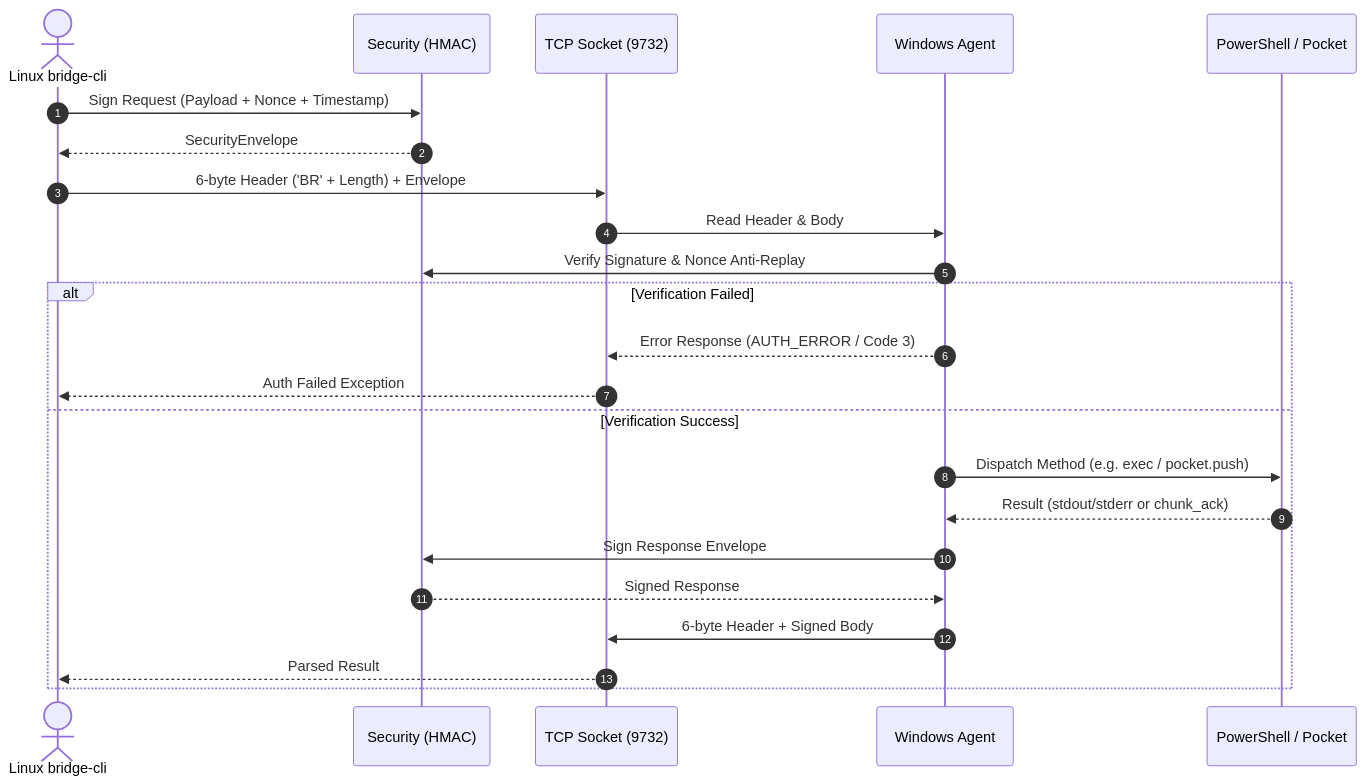
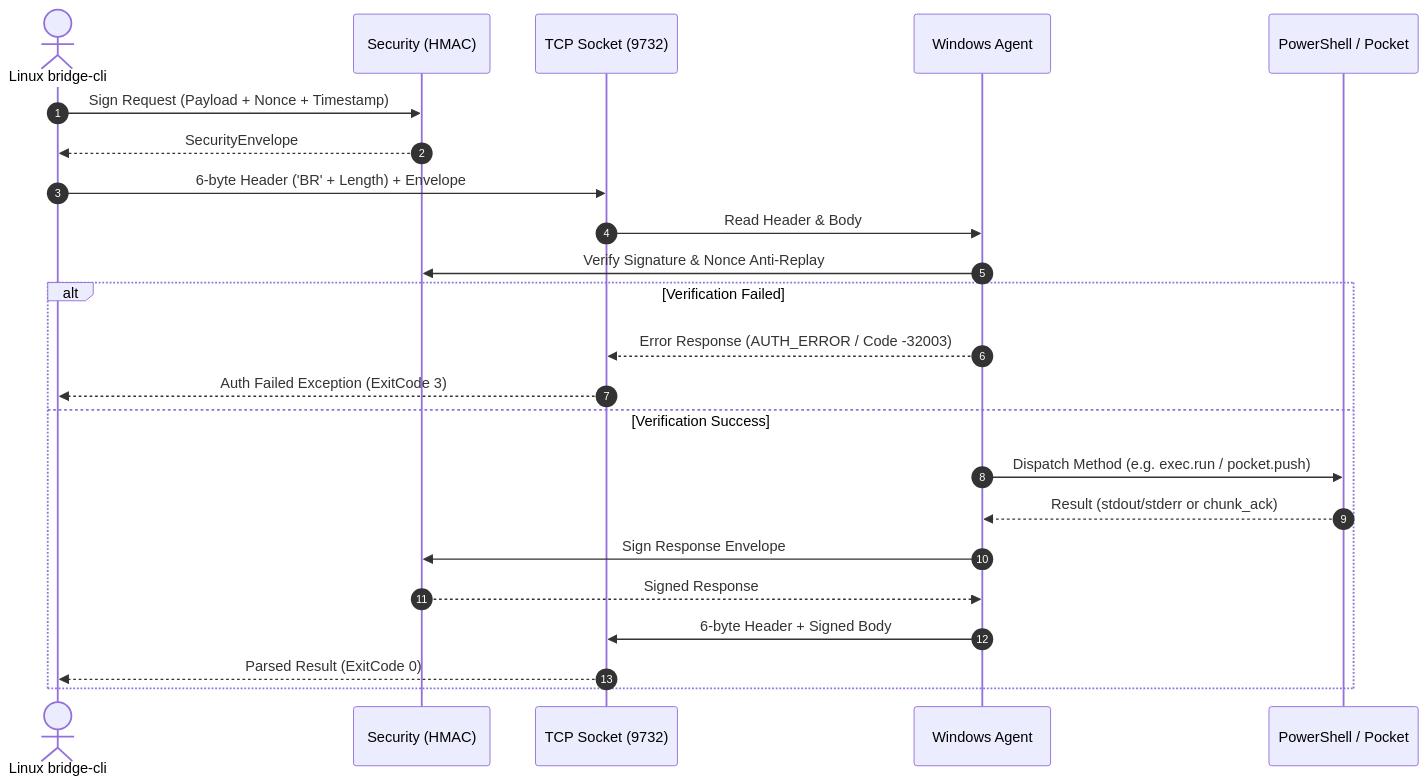
The diagram in docs/ARCHITECTURE.md (Anhelm01/Bridge_Local), drawn with Mermaid before and after one commit. The commit also changed other lines of this file and 24 other files, not shown here.

````diff
--- a/docs/ARCHITECTURE.md
+++ b/docs/ARCHITECTURE.md
@@ -135,26 +196,26 @@
 ```mermaid
 sequenceDiagram
     autonumber
     actor Client as Linux bridge-cli
     participant Sec as Security (HMAC)
     participant Socket as TCP Socket (9732)
     participant Agent as Windows Agent
     participant Exec as PowerShell / Pocket
 
     Client->>Sec: Sign Request (Payload + Nonce + Timestamp)
     Sec-->>Client: SecurityEnvelope
     Client->>Socket: 6-byte Header ('BR' + Length) + Envelope
     Socket->>Agent: Read Header & Body
     Agent->>Sec: Verify Signature & Nonce Anti-Replay
     alt Verification Failed
-        Agent-->>Socket: Error Response (AUTH_ERROR / Code 3)
-        Socket-->>Client: Auth Failed Exception
+        Agent-->>Socket: Error Response (AUTH_ERROR / Code -32003)
+        Socket-->>Client: Auth Failed Exception (ExitCode 3)
     else Verification Success
-        Agent->>Exec: Dispatch Method (e.g. exec / pocket.push)
+        Agent->>Exec: Dispatch Method (e.g. exec.run / pocket.push)
         Exec-->>Agent: Result (stdout/stderr or chunk_ack)
         Agent->>Sec: Sign Response Envelope
         Sec-->>Agent: Signed Response
         Agent->>Socket: 6-byte Header + Signed Body
-        Socket-->>Client: Parsed Result
+        Socket-->>Client: Parsed Result (ExitCode 0)
     end
 ```
````
